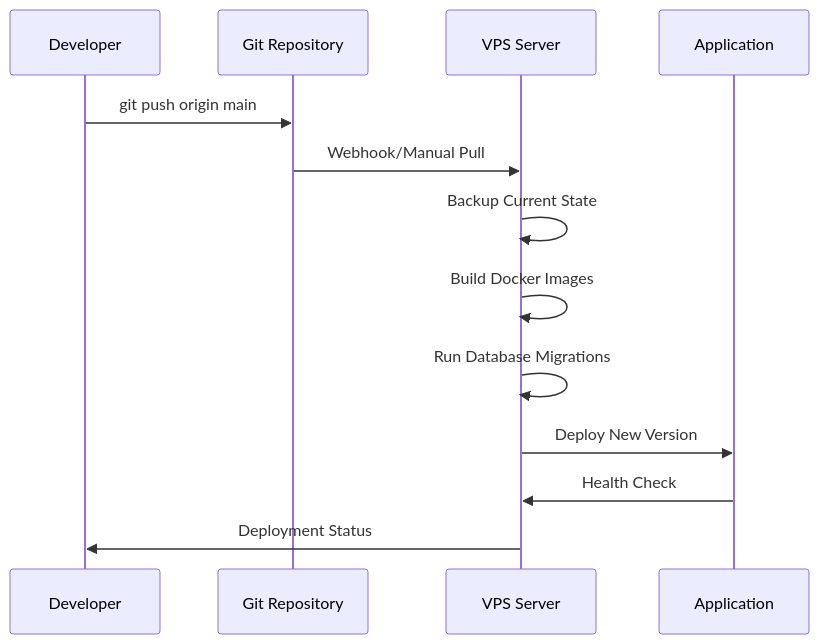
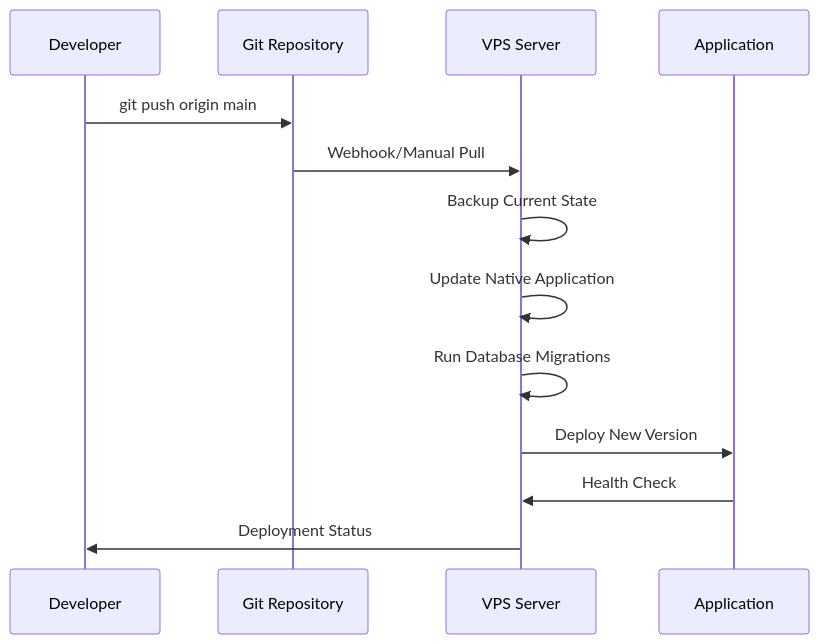
Before and after one commit to PhillipNobel/Controle-Financeiro: the second of 3 diagrams in .kiro/specs/configuracao-ambientes/design.md, drawn with Mermaid. The commit also changed other lines of this file and 38 other files, not shown here.

First line of the commit message:
feat: Remove Docker completely - Project is now 100% native

````diff
--- a/.kiro/specs/configuracao-ambientes/design.md
+++ b/.kiro/specs/configuracao-ambientes/design.md
@@ -280,16 +284,16 @@
 ```mermaid
 sequenceDiagram
     participant Dev as Developer
     participant Git as Git Repository
     participant VPS as VPS Server
     participant App as Application
     
     Dev->>Git: git push origin main
     Git->>VPS: Webhook/Manual Pull
     VPS->>VPS: Backup Current State
-    VPS->>VPS: Build Docker Images
+    VPS->>VPS: Update Native Application
     VPS->>VPS: Run Database Migrations
     VPS->>App: Deploy New Version
     App->>VPS: Health Check
     VPS->>Dev: Deployment Status
 ```
````
